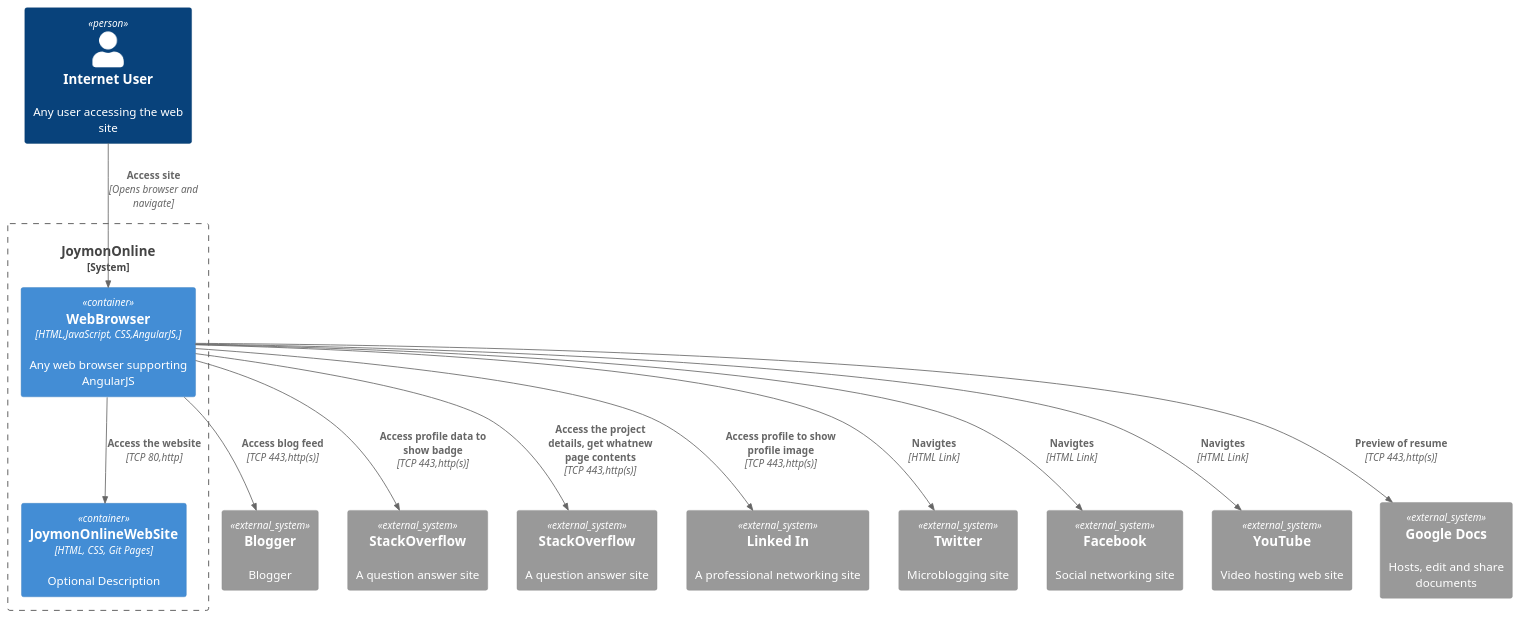
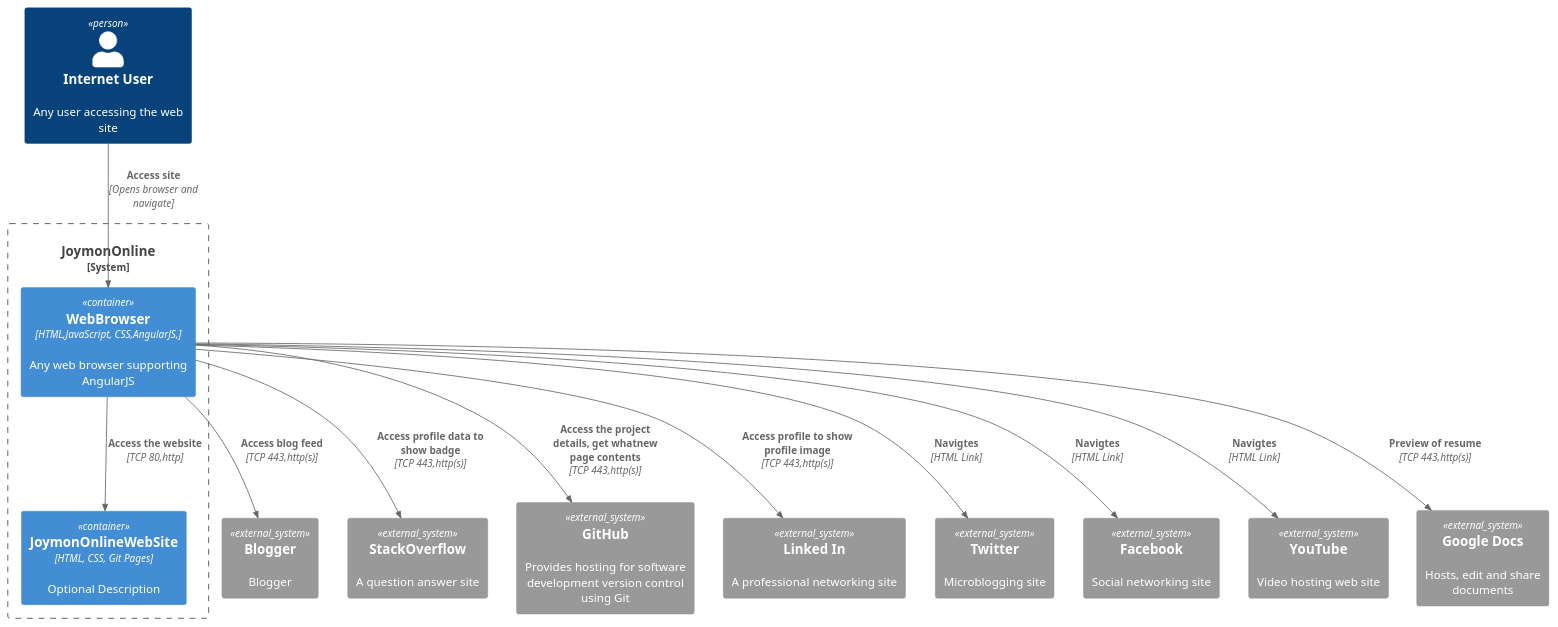
One commit to joymon/Demo-ASPNetIntergationTest changed the diagram in diagrams/container.puml. Above: the diagram before and after it, drawn with PlantUML.

```diff
--- a/diagrams/container.puml
+++ b/diagrams/container.puml
@@ -1,28 +1,28 @@
 @startuml C4_Elements
 !includeurl https://raw.githubusercontent.com/RicardoNiepel/C4-PlantUML/release/1-0/C4_Container.puml
 
 Person(personAlias, "Internet User", "Any user accessing the web site")
 System_Boundary(joymononline, "JoymonOnline"){
     Container(browser,"WebBrowser","HTML,JavaScript, CSS,AngularJS,","Any web browser supporting AngularJS")
     Container(joymonOnlineWebSite, "JoymonOnlineWebSite", "HTML, CSS, Git Pages", "Optional Description")
     Rel(browser,joymonOnlineWebSite,"Access the website","TCP 80,http")
 }
 
 System_Ext(blogger,"Blogger","Blogger")
 System_Ext(stackOverflow,"StackOverflow","A question answer site")
-System_Ext(github,"StackOverflow","A question answer site")
+System_Ext(github,"GitHub","Provides hosting for software development version control using Git")
 System_Ext(linkedIn,"Linked In","A professional networking site")
 System_Ext(twitter,"Twitter","Microblogging site")
 System_Ext(facebook,"Facebook","Social networking site")
 System_Ext(youtube,"YouTube","Video hosting web site")
 System_Ext(googleDocs,"Google Docs","Hosts, edit and share documents")
 Rel(browser,blogger,"Access blog feed","TCP 443,http(s)")
 Rel(browser,stackOverflow,"Access profile data to show badge","TCP 443,http(s)")
 Rel(personAlias, browser, "Access site", "Opens browser and navigate")
 Rel(browser,github,"Access the project details, get whatnew page contents","TCP 443,http(s)")
 Rel(browser,linkedIn,"Access profile to show profile image","TCP 443,http(s)")
 Rel(browser,twitter,"Navigtes","HTML Link")
 Rel(browser,facebook,"Navigtes","HTML Link")
 Rel(browser,youtube,"Navigtes","HTML Link")
 Rel(browser,googleDocs,"Preview of resume","TCP 443,http(s)")
 @enduml
```
